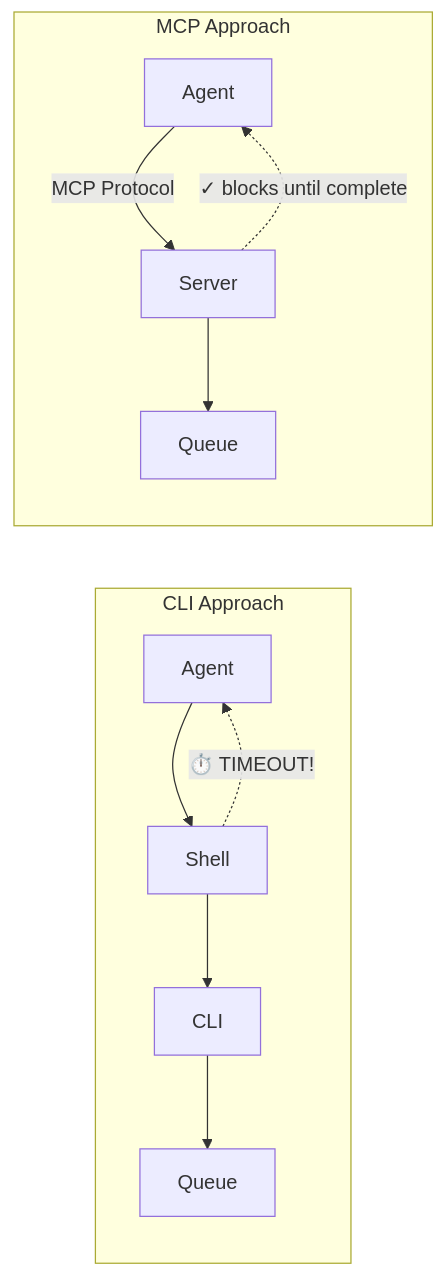
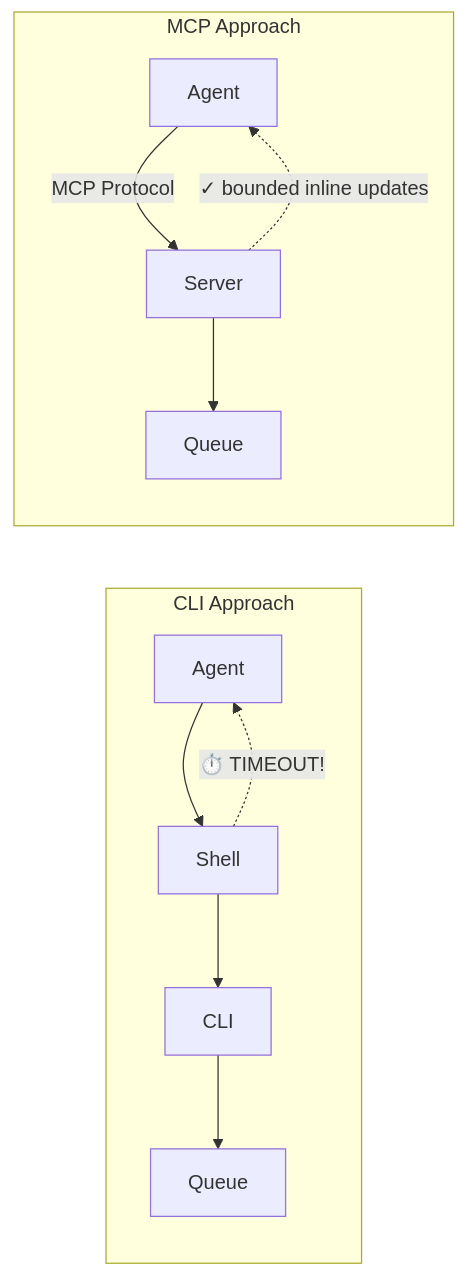
Before and after one commit to block/agent-task-queue: the second of 2 diagrams in README.md, drawn with Mermaid. The commit also changed other lines of this file and 3 other files, not shown here.

````diff
--- a/README.md
+++ b/README.md
@@ -617,15 +667,15 @@
 ```mermaid
 flowchart LR
     subgraph cli [CLI Approach]
         A1[Agent] --> B1[Shell]
         B1 --> C1[CLI]
         C1 --> D1[Queue]
         B1 -.-> |"⏱️ TIMEOUT!"| A1
     end
 
     subgraph mcp [MCP Approach]
         A2[Agent] --> |MCP Protocol| B2[Server]
         B2 --> C2[Queue]
-        B2 -.-> |"✓ blocks until complete"| A2
+        B2 -.-> |"✓ bounded inline updates"| A2
     end
 ```
````
